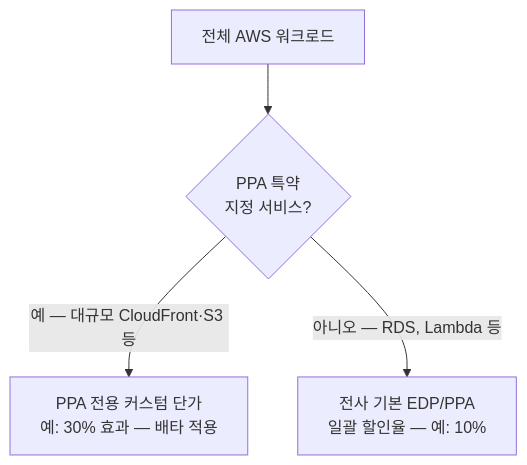
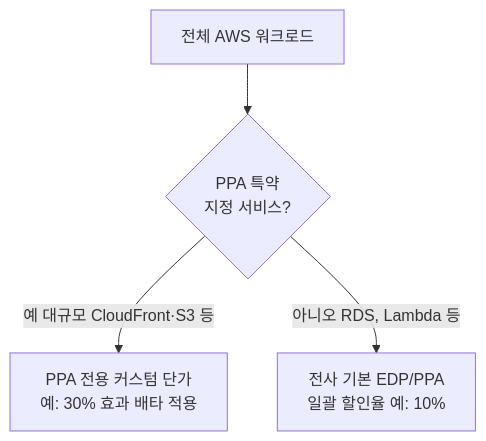
One commit to dotoryeee/blog changed the fifth of 11 diagrams in docs/posts/Cloud Infra/aws_finops_deep_dive.md. Above: the diagram before and after it, drawn with Mermaid. The commit also changed other lines of this file, not shown here.

````diff
--- a/docs/posts/Cloud Infra/aws_finops_deep_dive.md
+++ b/docs/posts/Cloud Infra/aws_finops_deep_dive.md
@@ -352,6 +334,6 @@
 ```mermaid
 graph TB
     A["전체 AWS 워크로드"] --> B{"PPA 특약<br>지정 서비스?"}
-    B -->|"예 — 대규모 CloudFront·S3 등"| C["PPA 전용 커스텀 단가<br>예: 30% 효과 — 배타 적용"]
-    B -->|"아니오 — RDS, Lambda 등"| D["전사 기본 EDP/PPA<br>일괄 할인율 — 예: 10%"]
+    B -->|"예 대규모 CloudFront·S3 등"| C["PPA 전용 커스텀 단가<br>예: 30% 효과 배타 적용"]
+    B -->|"아니오 RDS, Lambda 등"| D["전사 기본 EDP/PPA<br>일괄 할인율 예: 10%"]
 ```
````
